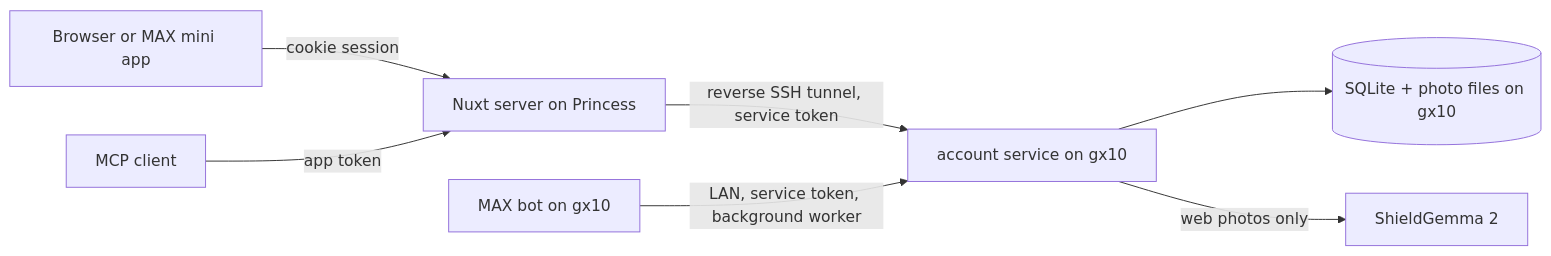
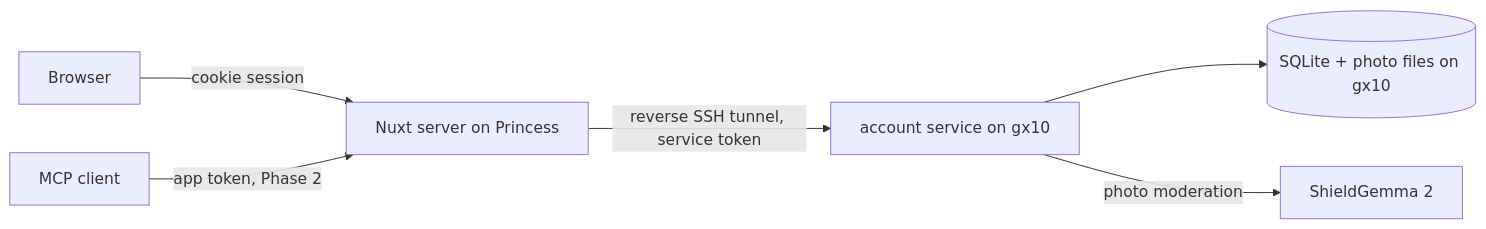
The diagram in docs/plans/03_user-accounts.md (s1mb1o/svoe-vino-lab-dev), drawn with Mermaid before and after one commit. The commit also changed other lines of this file and 1 other file, not shown here.

First line of the commit message:
docs(account): split MAX authorization into plan 04

````diff
--- a/docs/plans/03_user-accounts.md
+++ b/docs/plans/03_user-accounts.md
@@ -252,9 +75,8 @@
 ```mermaid
 flowchart LR
-    B[Browser or MAX mini app] -->|cookie session| N[Nuxt server on Princess]
-    C[MCP client] -->|app token| N
+    B[Browser] -->|cookie session| N[Nuxt server on Princess]
+    C[MCP client] -->|app token, Phase 2| N
     N -->|reverse SSH tunnel, service token| A[account service on gx10]
-    X[MAX bot on gx10] -->|LAN, service token, background worker| A
     A --> D[(SQLite + photo files on gx10)]
-    A -->|web photos only| S[ShieldGemma 2]
+    A -->|photo moderation| S[ShieldGemma 2]
 ```
````
